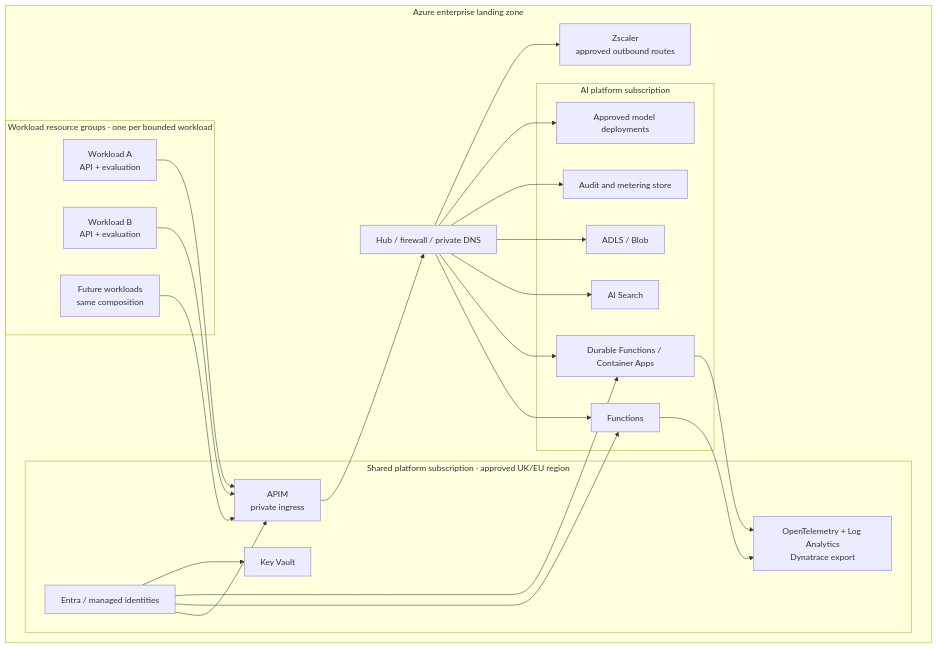
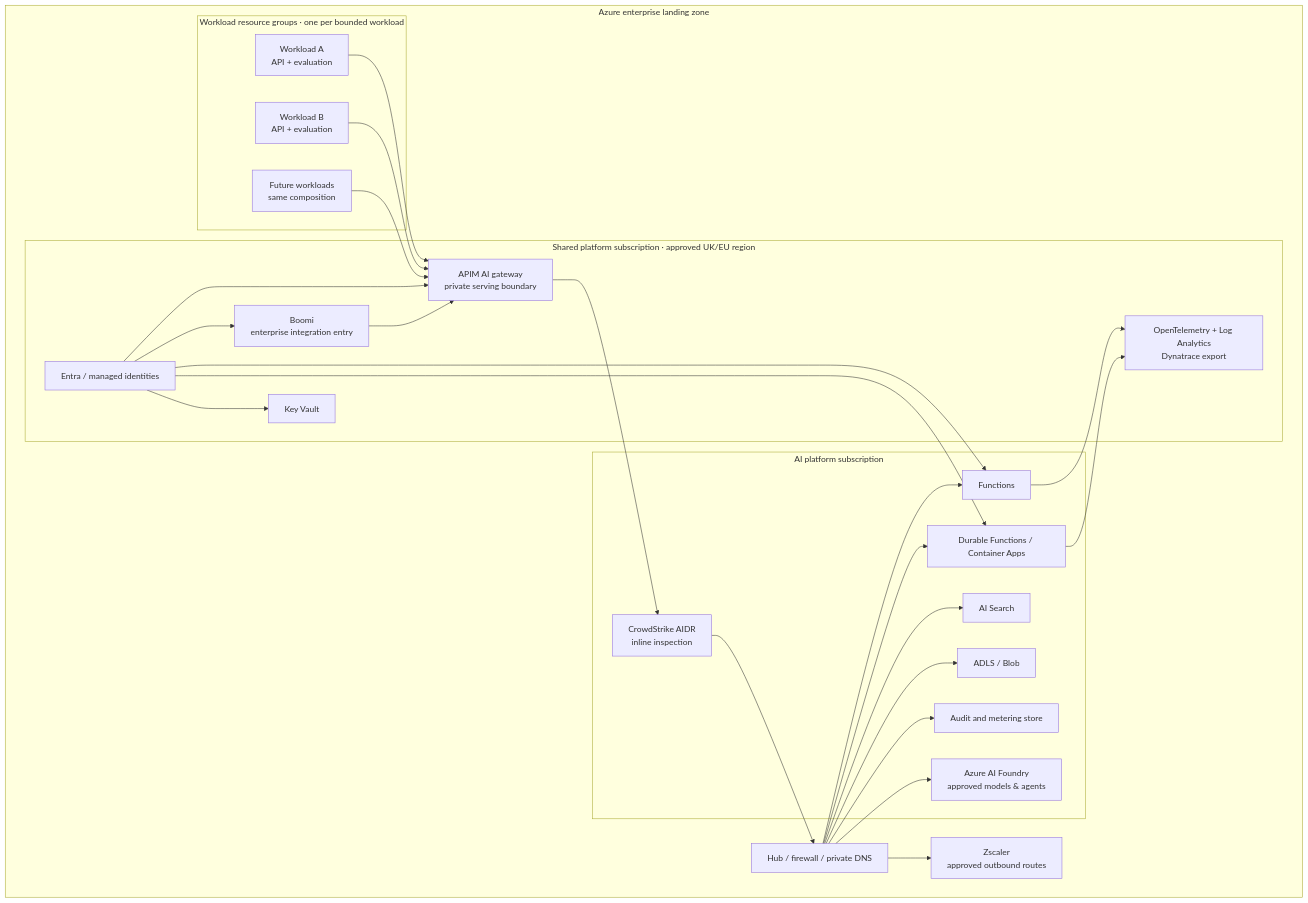
Before and after one commit to evangoulden-emis/Azure-AI-Platform-Architecture_Gold: the diagram in docs/architecture/deployment-topology.mmd, drawn with Mermaid. The commit also changed 11 other files, not shown here.

First line of the commit message:
Update platform API implementation and architectural documentation

```diff
--- a/docs/architecture/deployment-topology.mmd
+++ b/docs/architecture/deployment-topology.mmd
@@ -1,45 +1,50 @@
 flowchart TB
   subgraph Tenant["Azure enterprise landing zone"]
     subgraph Shared["Shared platform subscription · approved UK/EU region"]
-      APIM[APIM\nprivate ingress]
+      BOOMI[Boomi\nenterprise integration entry]
+      APIM[APIM AI gateway\nprivate serving boundary]
       ID[Entra / managed identities]
       KV[Key Vault]
       OBS[OpenTelemetry + Log Analytics\nDynatrace export]
     end
 
     subgraph Runtime["AI platform subscription"]
       FUN[Functions]
       DUR[Durable Functions / Container Apps]
       SEARCH[AI Search]
       STORE[ADLS / Blob]
       AUDIT[Audit and metering store]
-      MODEL[Approved model deployments]
+      AIDR[CrowdStrike AIDR\ninline inspection]
+      MODEL[Azure AI Foundry\napproved models & agents]
     end
 
     subgraph Workloads["Workload resource groups · one per bounded workload"]
       W1[Workload A\nAPI + evaluation]
       W2[Workload B\nAPI + evaluation]
       WN[Future workloads\nsame composition]
     end
 
     HUB[Hub / firewall / private DNS]
     ZS[Zscaler\napproved outbound routes]
   end
 
-  APIM --> HUB
+  BOOMI --> APIM
+  APIM --> AIDR
+  AIDR --> HUB
   HUB --> FUN
   HUB --> DUR
   HUB --> SEARCH
   HUB --> STORE
   HUB --> AUDIT
   HUB --> MODEL
   ID --> APIM
+  ID --> BOOMI
   ID --> FUN
   ID --> DUR
   ID --> KV
   FUN --> OBS
   DUR --> OBS
   W1 --> APIM
   W2 --> APIM
   WN --> APIM
   HUB --> ZS
```
